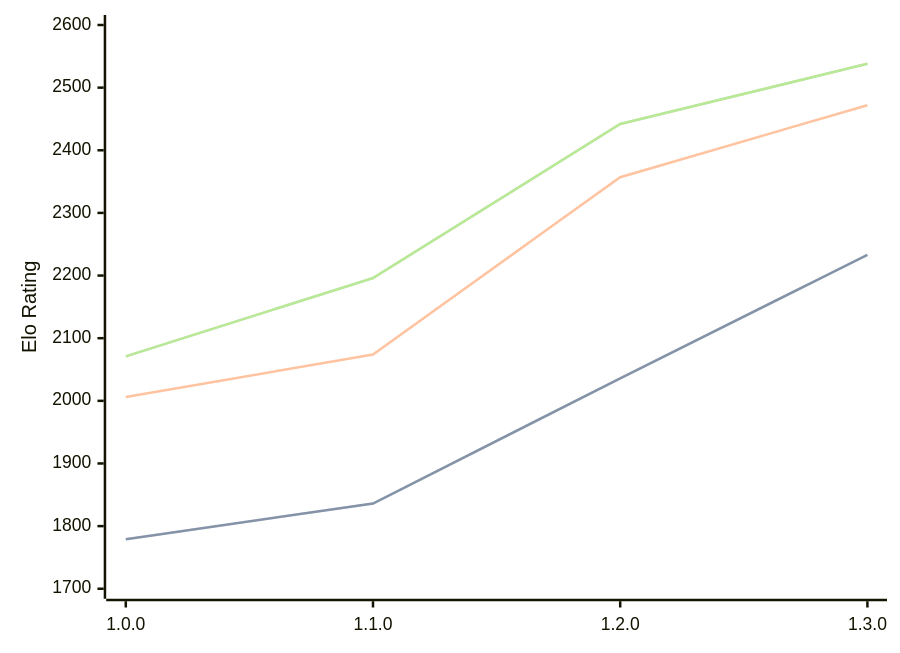
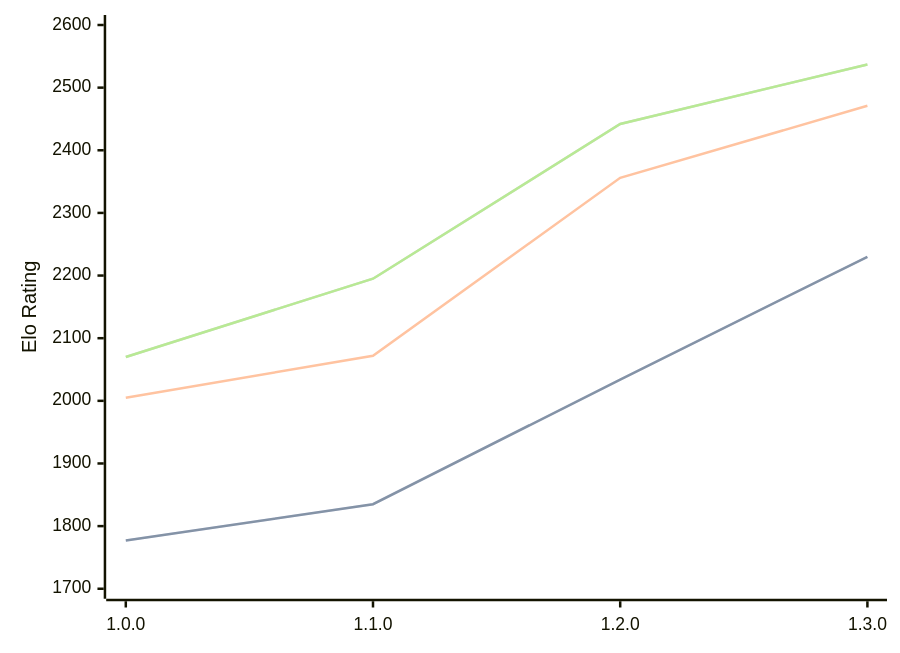
One commit to computer-chess-index/cci changed the diagram in engines/Anodos.md. Above: the diagram before and after it, drawn with Mermaid. The commit also changed other lines of this file, not shown here.

Commit message:
Update CCI Ratings (ELO VLTC) - 2026-03-09

````diff
--- a/engines/Anodos.md
+++ b/engines/Anodos.md
@@ -43,11 +43,11 @@
 ```mermaid
 %%{init: {"theme":"base","themeVariables":{"seriesColors:['#a3a3a3','#222221','#faa371']}}}%%
 xychart-beta
   x-axis ["1.0.0", "1.1.0", "1.2.0", "1.3.0"]
   y-axis "Elo Rating" 1700 --> 2600
-  line "STC (8.0+0.08s)" [1779, 1836, 2036, 2233]
-  line "STC (8.0+0.08s)" [1779, 1836, 2036, 2233]
-  line "LTC (60.0+0.60s)" [2006, 2074, 2357, 2472]
-  line "VLTC (2m24s+1.12s)" [2071, 2196, 2442, 2538]
-  line "VLTC (2m24s+1.12s)" [2071, 2196, 2442, 2538]
+  line "STC (8.0+0.08s)" [1777, 1835, 2034, 2230]
+  line "STC (8.0+0.08s)" [1777, 1835, 2034, 2230]
+  line "LTC (60.0+0.60s)" [2005, 2072, 2356, 2471]
+  line "VLTC (2m24s+1.12s)" [2070, 2195, 2442, 2537]
+  line "VLTC (2m24s+1.12s)" [2070, 2195, 2442, 2537]
 ```
````
